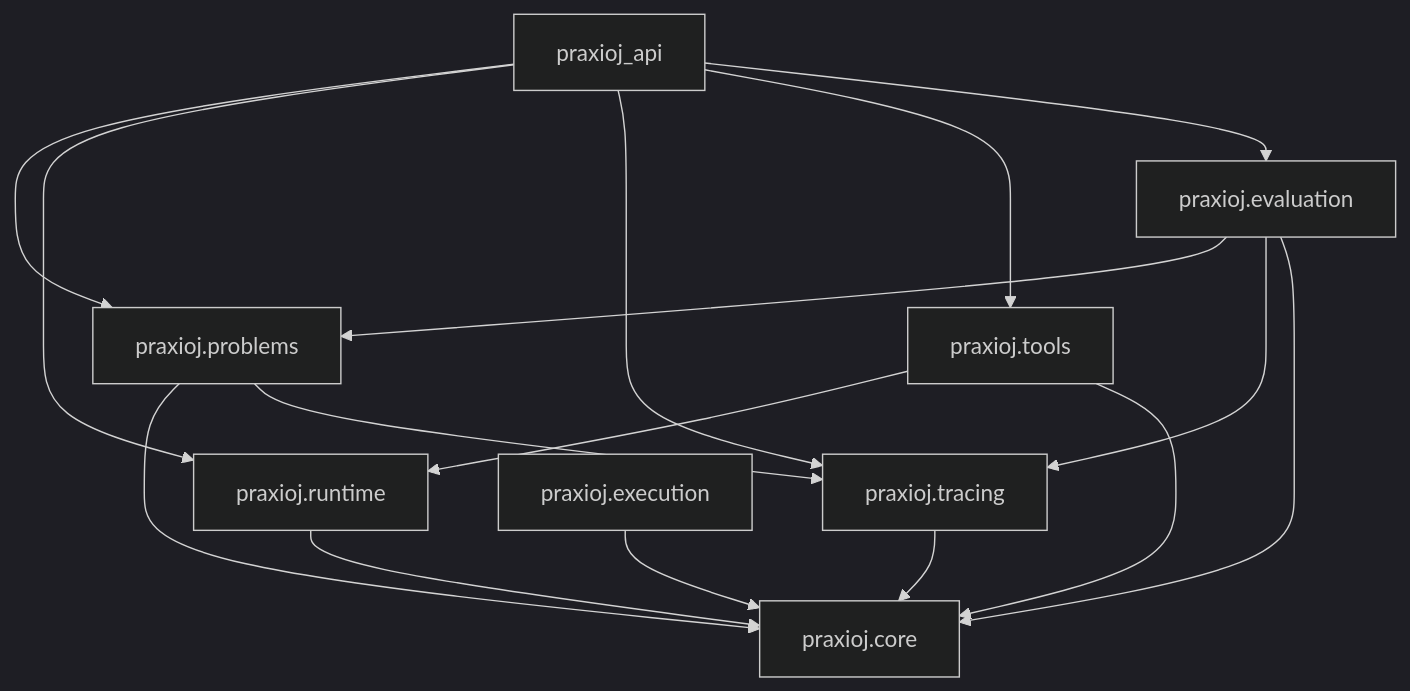
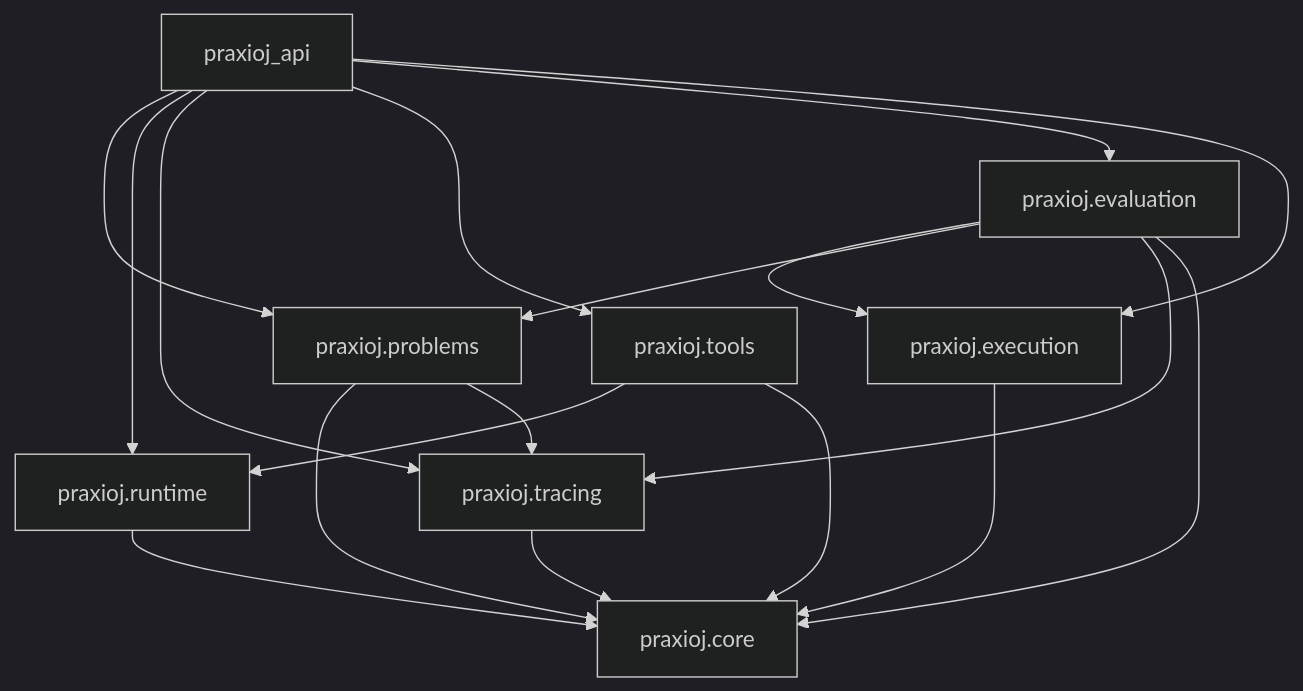
Before and after one commit to casing1/praxioj: the diagram in docs/architecture/module-boundaries.md, drawn with Mermaid (dark theme). The commit also changed other lines of this file and 36 other files, not shown here.

````diff
--- a/docs/architecture/module-boundaries.md
+++ b/docs/architecture/module-boundaries.md
@@ -15,18 +15,20 @@
 ```mermaid
 flowchart TD
     API[praxioj_api] --> Problems[praxioj.problems]
     API --> Runtime[praxioj.runtime]
     API --> Tracing[praxioj.tracing]
     API --> Tools[praxioj.tools]
     Tools --> Runtime
     Tools --> Core
     API --> Evaluation[praxioj.evaluation]
+    API --> Execution[praxioj.execution]
+    Evaluation --> Execution
     Evaluation --> Problems
     Evaluation --> Tracing
     Evaluation --> Core
     Tracing --> Core
     Execution[praxioj.execution] --> Core[praxioj.core]
     Problems --> Core
     Problems --> Tracing
     Runtime --> Core
 ```
````
